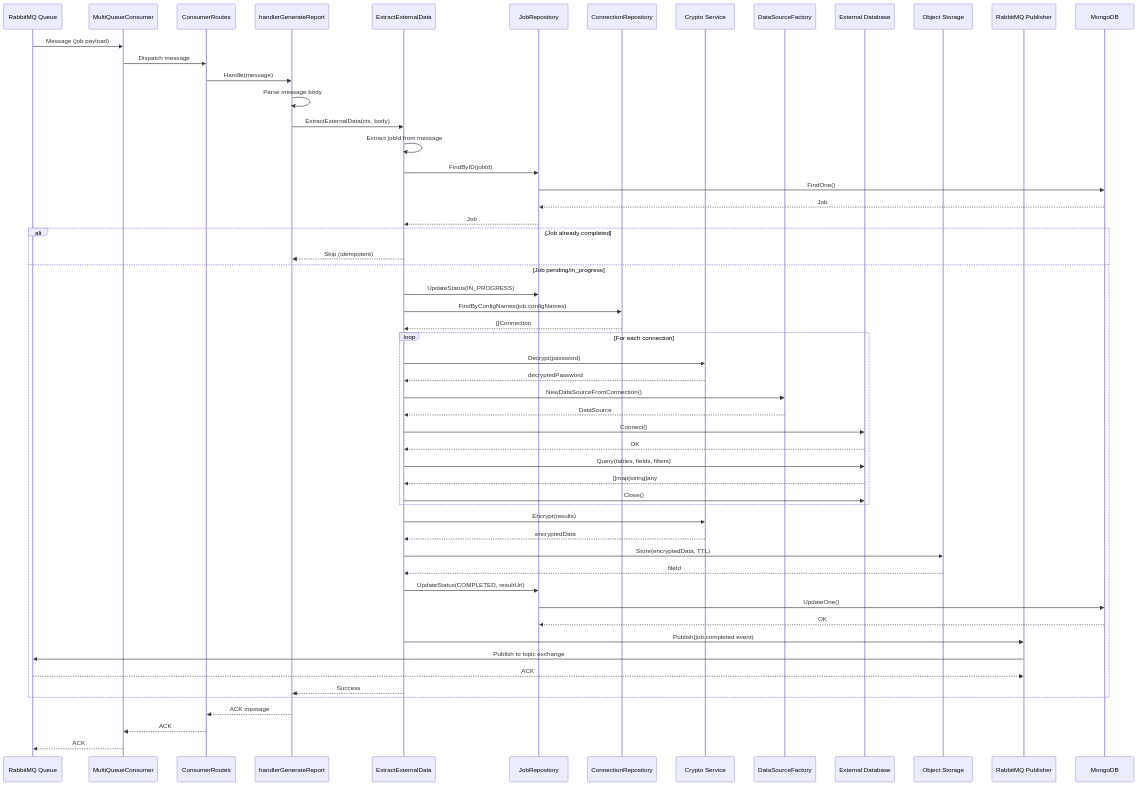
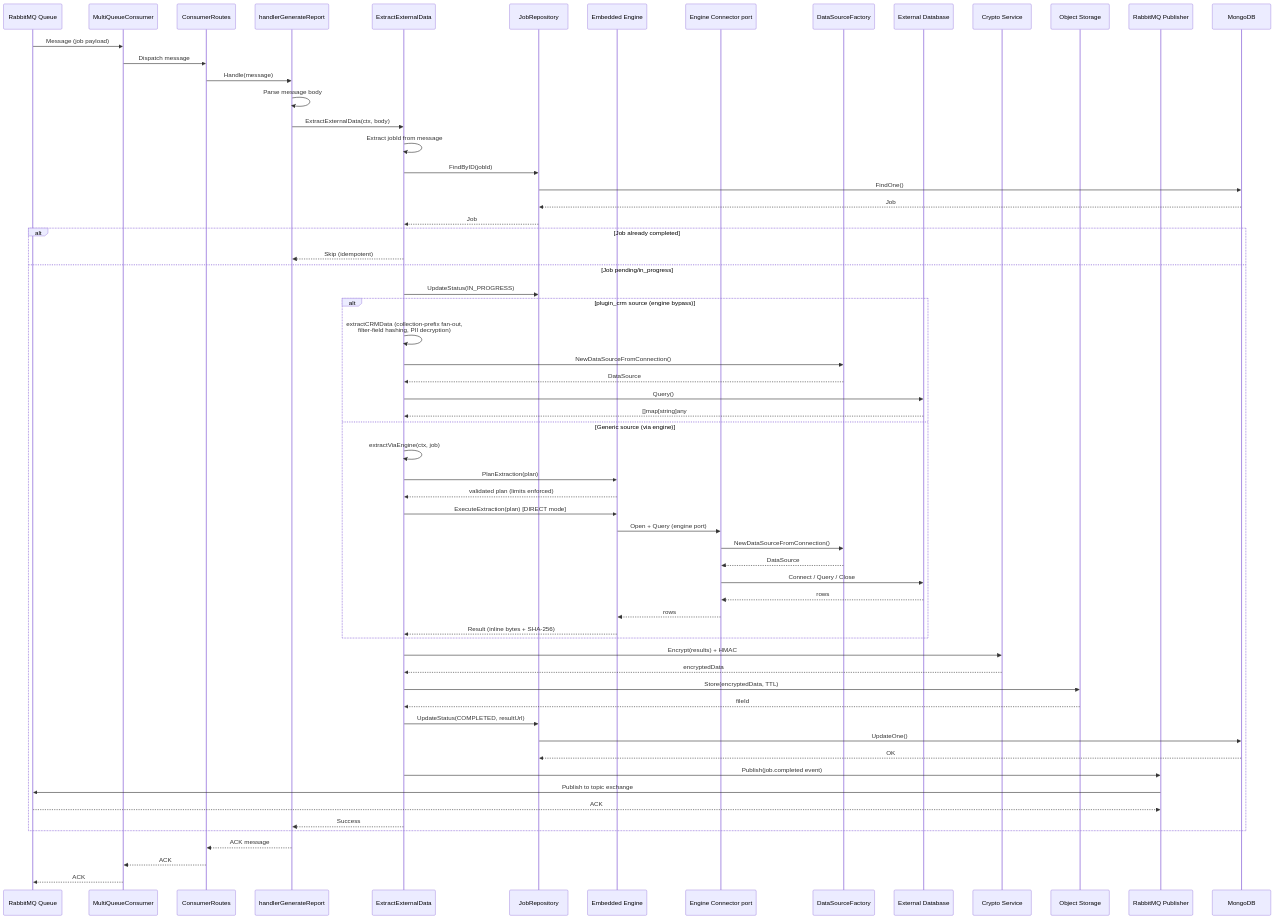
Before and after one commit to LerianStudio/fetcher: the ninth of 9 diagrams in docs/PROJECT_RULES.md, drawn with Mermaid. The commit also changed other lines of this file and 10 other files, not shown here.

First line of the commit message:
docs: update architecture documentation for embedded runtime engine

````diff
--- a/docs/PROJECT_RULES.md
+++ b/docs/PROJECT_RULES.md
@@ -768,67 +902,74 @@
 ```mermaid
 sequenceDiagram
     participant RabbitMQ as RabbitMQ Queue
     participant Consumer as MultiQueueConsumer
     participant Routes as ConsumerRoutes
     participant Handler as handlerGenerateReport
     participant UseCase as ExtractExternalData
     participant JobRepo as JobRepository
-    participant ConnRepo as ConnectionRepository
-    participant Cryptor as Crypto Service
+    participant Engine as Embedded Engine
+    participant Connector as Engine Connector port
     participant Factory as DataSourceFactory
     participant ExternalDB as External Database
+    participant Cryptor as Crypto Service
     participant Storage as Object Storage
     participant Publisher as RabbitMQ Publisher
     participant MongoDB
 
     RabbitMQ->>Consumer: Message (job payload)
     Consumer->>Routes: Dispatch message
     Routes->>Handler: Handle(message)
     Handler->>Handler: Parse message body
     Handler->>UseCase: ExtractExternalData(ctx, body)
 
     UseCase->>UseCase: Extract jobId from message
     UseCase->>JobRepo: FindByID(jobId)
     JobRepo->>MongoDB: FindOne()
     MongoDB-->>JobRepo: Job
     JobRepo-->>UseCase: Job
 
     alt Job already completed
         UseCase-->>Handler: Skip (idempotent)
     else Job pending/in_progress
         UseCase->>JobRepo: UpdateStatus(IN_PROGRESS)
-        UseCase->>ConnRepo: FindByConfigNames(job.configNames)
-        ConnRepo-->>UseCase: []Connection
 
-        loop For each connection
-            UseCase->>Cryptor: Decrypt(password)
-            Cryptor-->>UseCase: decryptedPassword
+        alt plugin_crm source (engine bypass)
+            UseCase->>UseCase: extractCRMData (collection-prefix fan-out,<br/>filter-field hashing, PII decryption)
             UseCase->>Factory: NewDataSourceFromConnection()
             Factory-->>UseCase: DataSource
-            UseCase->>ExternalDB: Connect()
-            ExternalDB-->>UseCase: OK
-            UseCase->>ExternalDB: Query(tables, fields, filters)
+            UseCase->>ExternalDB: Query()
             ExternalDB-->>UseCase: []map[string]any
-            UseCase->>ExternalDB: Close()
+        else Generic source (via engine)
+            UseCase->>UseCase: extractViaEngine(ctx, job)
+            UseCase->>Engine: PlanExtraction(plan)
+            Engine-->>UseCase: validated plan (limits enforced)
+            UseCase->>Engine: ExecuteExtraction(plan) [DIRECT mode]
+            Engine->>Connector: Open + Query (engine port)
+            Connector->>Factory: NewDataSourceFromConnection()
+            Factory-->>Connector: DataSource
+            Connector->>ExternalDB: Connect / Query / Close
+            ExternalDB-->>Connector: rows
+            Connector-->>Engine: rows
+            Engine-->>UseCase: Result (inline bytes + SHA-256)
         end
 
-        UseCase->>Cryptor: Encrypt(results)
+        UseCase->>Cryptor: Encrypt(results) + HMAC
         Cryptor-->>UseCase: encryptedData
         UseCase->>Storage: Store(encryptedData, TTL)
         Storage-->>UseCase: fileId
 
         UseCase->>JobRepo: UpdateStatus(COMPLETED, resultUrl)
         JobRepo->>MongoDB: UpdateOne()
         MongoDB-->>JobRepo: OK
 
         UseCase->>Publisher: Publish(job.completed event)
         Publisher->>RabbitMQ: Publish to topic exchange
         RabbitMQ-->>Publisher: ACK
 
         UseCase-->>Handler: Success
     end
 
     Handler-->>Routes: ACK message
     Routes-->>Consumer: ACK
     Consumer-->>RabbitMQ: ACK
 ```
````
